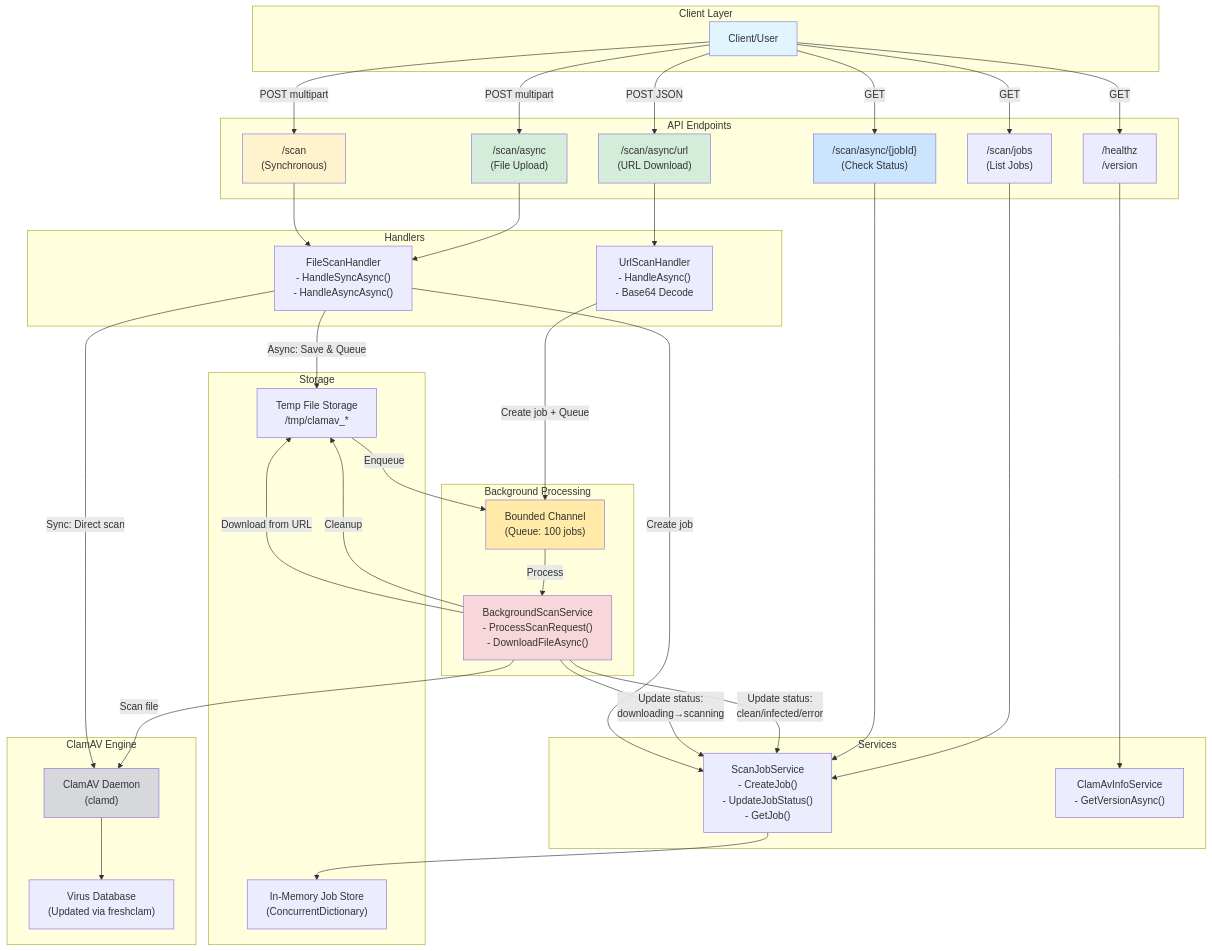
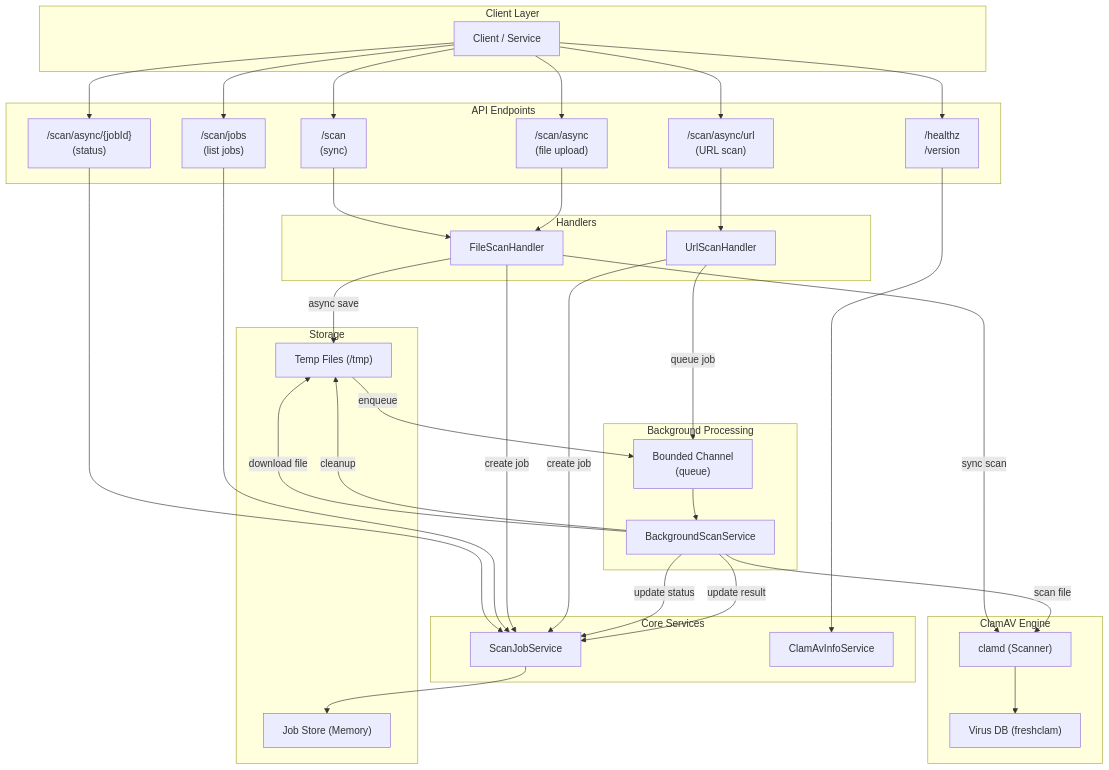
One commit to DFE-Digital/rsd-clamav-api changed the diagram in readme.md. Above: the diagram before and after it, drawn with Mermaid.

Commit message:
Update architecture diagram and flow descriptions

````diff
--- a/readme.md
+++ b/readme.md
@@ -27,81 +27,120 @@
 ```mermaid
-graph TB
-    subgraph "Client Layer"
-        Client[Client/User]
+
+flowchart TB
+
+    %% ─────────────────────────────
+    %% Client Layer
+    %% ─────────────────────────────
+    subgraph CLIENT["Client Layer"]
+        Client["Client / Service"]
     end
 
-    subgraph "API Endpoints"
+    %% ─────────────────────────────
+    %% API Endpoints
+    %% ─────────────────────────────
+    subgraph ENDPOINTS["API Endpoints"]
         HealthEP["/healthz<br/>/version"]
-        SyncEP["/scan<br/>(Synchronous)"]
-        AsyncEP["/scan/async<br/>(File Upload)"]
-        UrlEP["/scan/async/url<br/>(URL Download)"]
-        StatusEP["/scan/async/{jobId}<br/>(Check Status)"]
-        JobsEP["/scan/jobs<br/>(List Jobs)"]
+        SyncEP["/scan<br/>(sync)"]
+        AsyncEP["/scan/async<br/>(file upload)"]
+        UrlEP["/scan/async/url<br/>(URL scan)"]
+        StatusEP["/scan/async/{jobId}<br/>(status)"]
+        JobsEP["/scan/jobs<br/>(list jobs)"]
     end
 
-    subgraph "Handlers"
-        FileScanHandler["FileScanHandler<br/>- HandleSyncAsync()<br/>- HandleAsyncAsync()"]
-        UrlScanHandler["UrlScanHandler<br/>- HandleAsync()<br/>- Base64 Decode"]
+    %% ─────────────────────────────
+    %% Handlers
+    %% ─────────────────────────────
+    subgraph HANDLERS["Handlers"]
+        FileScanHandler["FileScanHandler"]
+        UrlScanHandler["UrlScanHandler"]
     end
 
-    subgraph "Services"
-        JobService["ScanJobService<br/>- CreateJob()<br/>- UpdateJobStatus()<br/>- GetJob()"]
-        ClamService["ClamAvInfoService<br/>- GetVersionAsync()"]
+    %% ─────────────────────────────
+    %% Services
+    %% ─────────────────────────────
+    subgraph SERVICES["Core Services"]
+        JobService["ScanJobService"]
+        InfoService["ClamAvInfoService"]
     end
 
-    subgraph "Background Processing"
-        Channel["Bounded Channel<br/>(Queue: 100 jobs)"]
-        BGService["BackgroundScanService<br/>- ProcessScanRequest()<br/>- DownloadFileAsync()"]
+    %% ─────────────────────────────
+    %% Background Processing
+    %% ─────────────────────────────
+    subgraph BACKGROUND["Background Processing"]
+        Channel["Bounded Channel<br/>(queue)"]
+        BGService["BackgroundScanService"]
     end
 
-    subgraph "Storage"
-        TempFiles["Temp File Storage<br/>/tmp/clamav_*"]
-        JobMemory["In-Memory Job Store<br/>(ConcurrentDictionary)"]
+    %% ─────────────────────────────
+    %% Storage
+    %% ─────────────────────────────
+    subgraph STORAGE["Storage"]
+        TempFiles["Temp Files (/tmp)"]
+        JobMemory["Job Store (Memory)"]
     end
 
-    subgraph "ClamAV Engine"
-        ClamD["ClamAV Daemon<br/>(clamd)"]
-        VirusDB["Virus Database<br/>(Updated via freshclam)"]
+    %% ─────────────────────────────
+    %% ClamAV Layer
+    %% ─────────────────────────────
+    subgraph CLAMAV["ClamAV Engine"]
+        ClamD["clamd (Scanner)"]
+        VirusDB["Virus DB (freshclam)"]
     end
 
-    Client -->|GET| HealthEP
-    Client -->|POST multipart| SyncEP
-    Client -->|POST multipart| AsyncEP
-    Client -->|POST JSON| UrlEP
-    Client -->|GET| StatusEP
-    Client -->|GET| JobsEP
 
-    HealthEP --> ClamService
+    %% ─────────────────────────────
+    %% Client to Endpoints
+    %% ─────────────────────────────
+    Client --> HealthEP
+    Client --> SyncEP
+    Client --> AsyncEP
+    Client --> UrlEP
+    Client --> StatusEP
+    Client --> JobsEP
+
+    %% ─────────────────────────────
+    %% Endpoint Routing
+    %% ─────────────────────────────
+    HealthEP --> InfoService
     SyncEP --> FileScanHandler
     AsyncEP --> FileScanHandler
     UrlEP --> UrlScanHandler
 
-    FileScanHandler -->|Sync: Direct scan| ClamD
-    FileScanHandler -->|Async: Save & Queue| TempFiles
-    FileScanHandler -->|Create job| JobService
-    UrlScanHandler -->|Create job + Queue| Channel
-
-    TempFiles -->|Enqueue| Channel
-    Channel -->|Process| BGService
-
-    BGService -->|Download from URL| TempFiles
-    BGService -->|Update status:<br/>downloading→scanning| JobService
-    BGService -->|Scan file| ClamD
-    BGService -->|Update status:<br/>clean/infected/error| JobService
-    BGService -->|Cleanup| TempFiles
-
     StatusEP --> JobService
     JobsEP --> JobService
+
+    %% ─────────────────────────────
+    %% Handler Logic
+    %% ─────────────────────────────
+    FileScanHandler -->|sync scan| ClamD
+    FileScanHandler -->|async save| TempFiles
+    FileScanHandler -->|create job| JobService
+
+    UrlScanHandler -->|create job| JobService
+    UrlScanHandler -->|queue job| Channel
+
+    TempFiles -->|enqueue| Channel
+
+    %% ─────────────────────────────
+    %% Background Worker
+    %% ─────────────────────────────
+    Channel --> BGService
+    BGService -->|download file| TempFiles
+    BGService -->|update status| JobService
+    BGService -->|scan file| ClamD
+    BGService -->|update result| JobService
+    BGService -->|cleanup| TempFiles
+
+    %% ─────────────────────────────
+    %% Job Store
+    %% ─────────────────────────────
     JobService --> JobMemory
 
+    %% ─────────────────────────────
+    %% Virus DB
+    %% ─────────────────────────────
     ClamD --> VirusDB
 
-    style Client fill:#e1f5ff
-    style SyncEP fill:#fff3cd
-    style AsyncEP fill:#d4edda
-    style UrlEP fill:#d4edda
-    style StatusEP fill:#cce5ff
-    style BGService fill:#f8d7da
-    style ClamD fill:#d6d8db
-    style Channel fill:#ffeaa7
+
+
 ```
````
